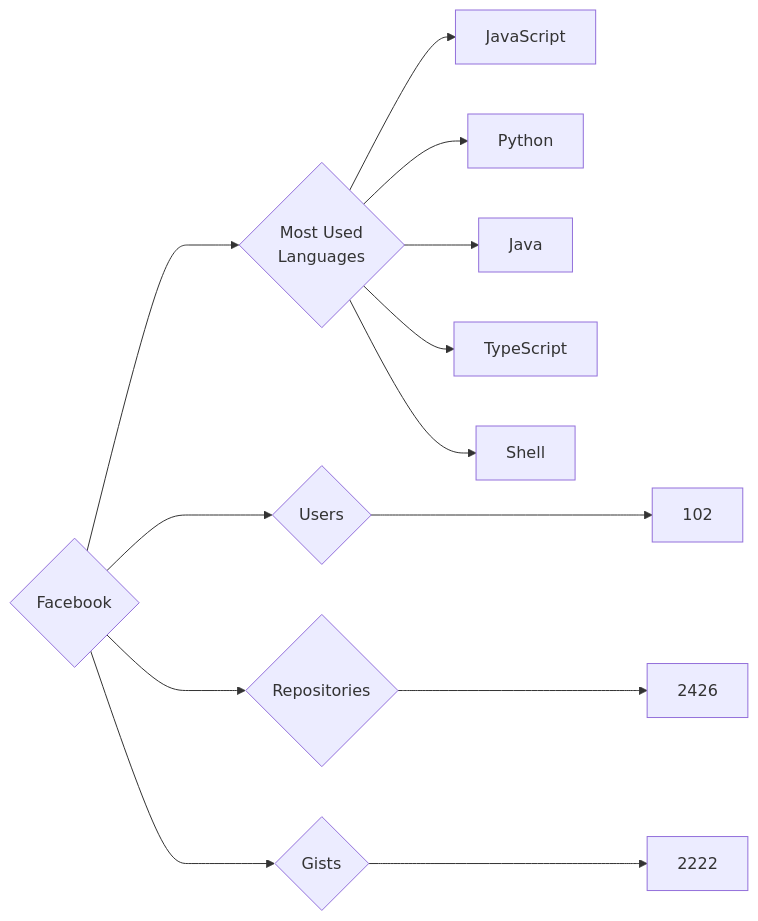
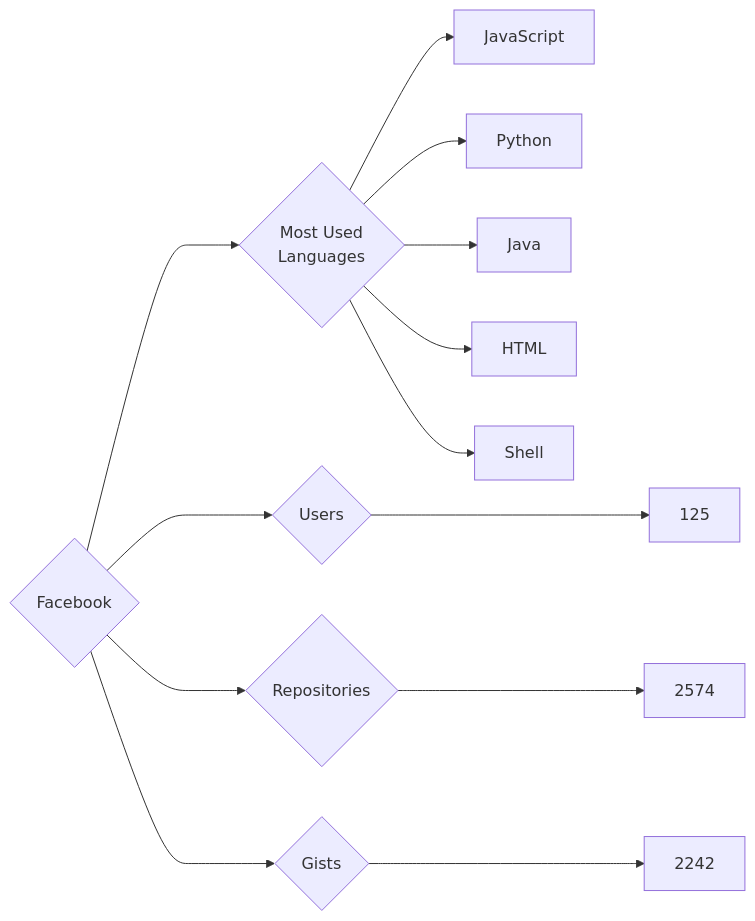
One commit to trickest/insiders changed the diagram in targets/Facebook/README.md. Above: the diagram before and after it, drawn with Mermaid. The commit also changed 1084 other files, not shown here.

````diff
--- a/targets/Facebook/README.md
+++ b/targets/Facebook/README.md
@@ -3,13 +3,13 @@
 ```mermaid
 graph LR
 COMPANY_NAME{Facebook}
-COMPANY_NAME ---> U{Users} ---> UN[102]
-COMPANY_NAME ---> R{Repositories} ---> RN[2426]
-COMPANY_NAME ---> G{Gists} ---> GN[2222]
+COMPANY_NAME ---> U{Users} ---> UN[125]
+COMPANY_NAME ---> R{Repositories} ---> RN[2574]
+COMPANY_NAME ---> G{Gists} ---> GN[2242]
 COMPANY_NAME ---> ML{Most Used<br>Languages}
 ML --> JavaScript[JavaScript]
 ML --> Python[Python]
 ML --> Java[Java]
-ML --> TypeScript[TypeScript]
+ML --> HTML[HTML]
 ML --> Shell[Shell]
 ```
````
